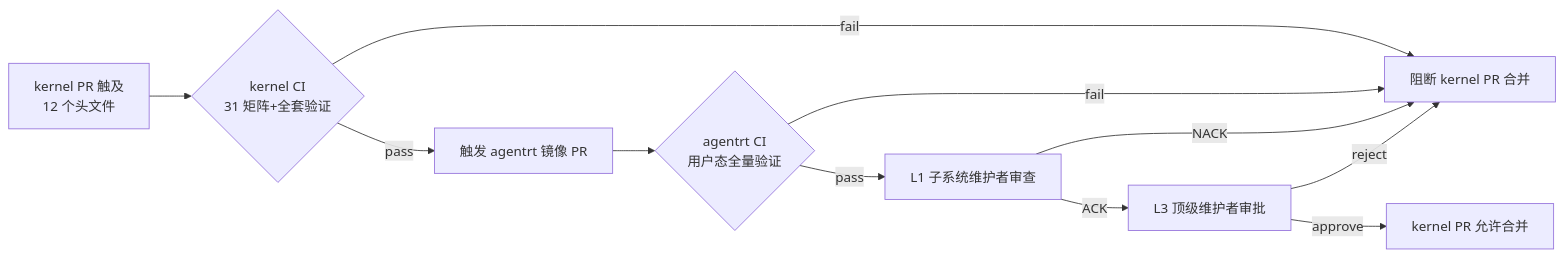
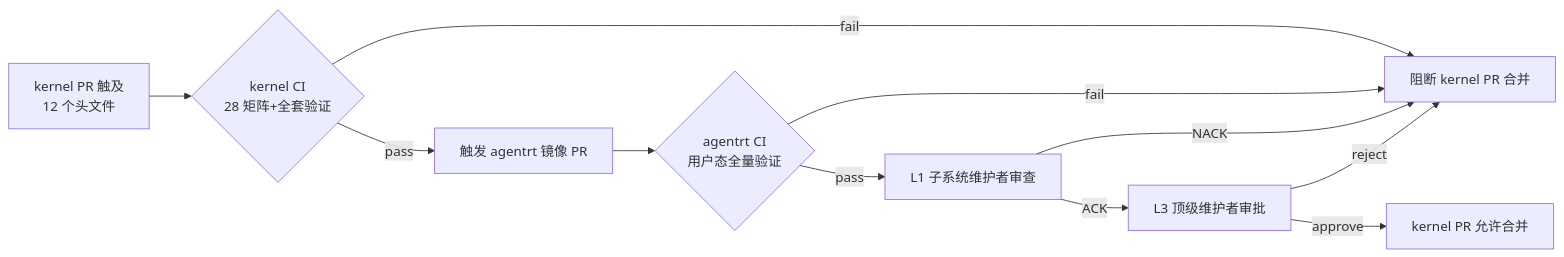
Before and after one commit to openairymax/docs-linux: the diagram in 70-build-system/03-ci-cd-pipeline.md, drawn with Mermaid. The commit also changed other lines of this file and 2 other files, not shown here.

````diff
--- a/70-build-system/03-ci-cd-pipeline.md
+++ b/70-build-system/03-ci-cd-pipeline.md
@@ -725,13 +904,13 @@
 ```mermaid
 flowchart LR
-    A[kernel PR 触及<br/>12 个头文件] --> B{kernel CI<br/>31 矩阵+全套验证}
+    A[kernel PR 触及<br/>12 个头文件] --> B{kernel CI<br/>28 矩阵+全套验证}
     B -->|fail| Z[阻断 kernel PR 合并]
     B -->|pass| C[触发 agentrt 镜像 PR]
     C --> D{agentrt CI<br/>用户态全量验证}
     D -->|fail| Z
     D -->|pass| E[L1 子系统维护者审查]
     E -->|NACK| Z
     E -->|ACK| F[L3 顶级维护者审批]
     F -->|reject| Z
     F -->|approve| G[kernel PR 允许合并]
 ```
````
